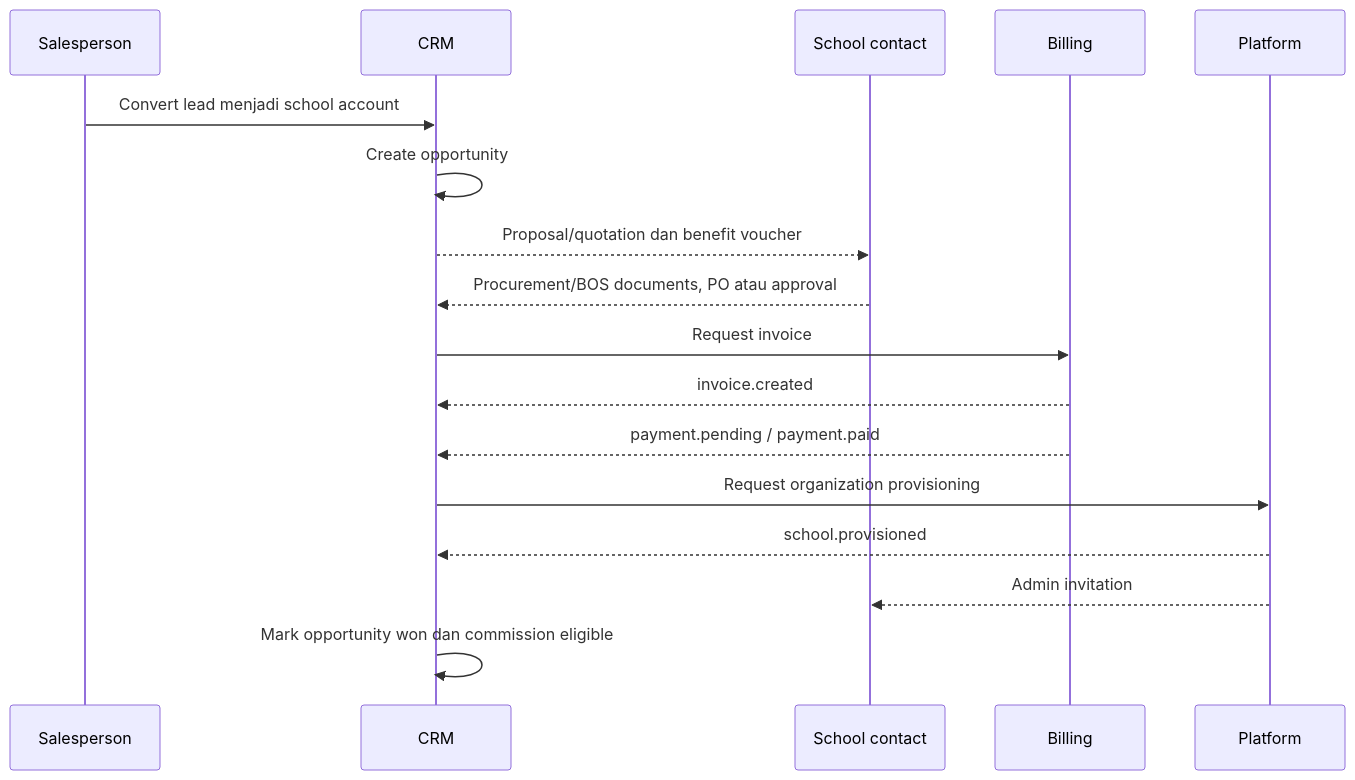
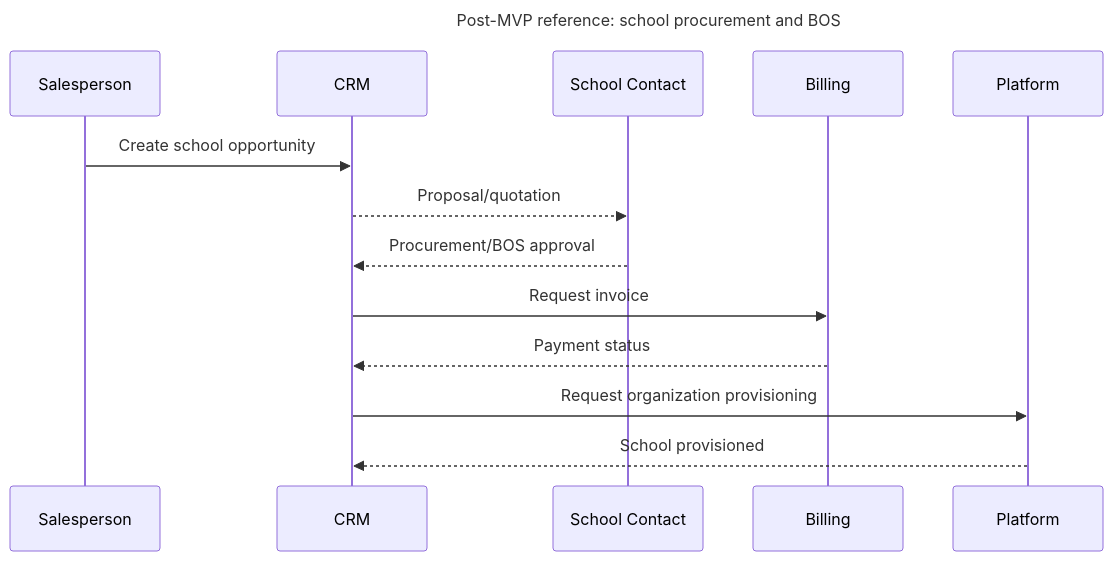
The diagram in diagrams/school-flow.mmd (izestylusx/crm-sales-webinar-voucher), drawn with Mermaid before and after one commit. The commit also changed 50 other files, not shown here.

Commit message:
Rebaseline MVP around webinar management

```diff
--- a/diagrams/school-flow.mmd
+++ b/diagrams/school-flow.mmd
@@ -1,18 +1,16 @@
+%% POST-MVP REFERENCE - not part of the active Webinar-first MVP.
 sequenceDiagram
+    title Post-MVP reference: school procurement and BOS
     participant SP as Salesperson
     participant CRM as CRM
-    participant SCH as School contact
+    participant SCH as School Contact
     participant BILL as Billing
     participant PLAT as Platform
 
-    SP->>CRM: Convert lead menjadi school account
-    CRM->>CRM: Create opportunity
-    CRM-->>SCH: Proposal/quotation dan benefit voucher
-    SCH-->>CRM: Procurement/BOS documents, PO atau approval
+    SP->>CRM: Create school opportunity
+    CRM-->>SCH: Proposal/quotation
+    SCH-->>CRM: Procurement/BOS approval
     CRM->>BILL: Request invoice
-    BILL-->>CRM: invoice.created
-    BILL-->>CRM: payment.pending / payment.paid
+    BILL-->>CRM: Payment status
     CRM->>PLAT: Request organization provisioning
-    PLAT-->>CRM: school.provisioned
-    PLAT-->>SCH: Admin invitation
-    CRM->>CRM: Mark opportunity won dan commission eligible
+    PLAT-->>CRM: School provisioned
```
